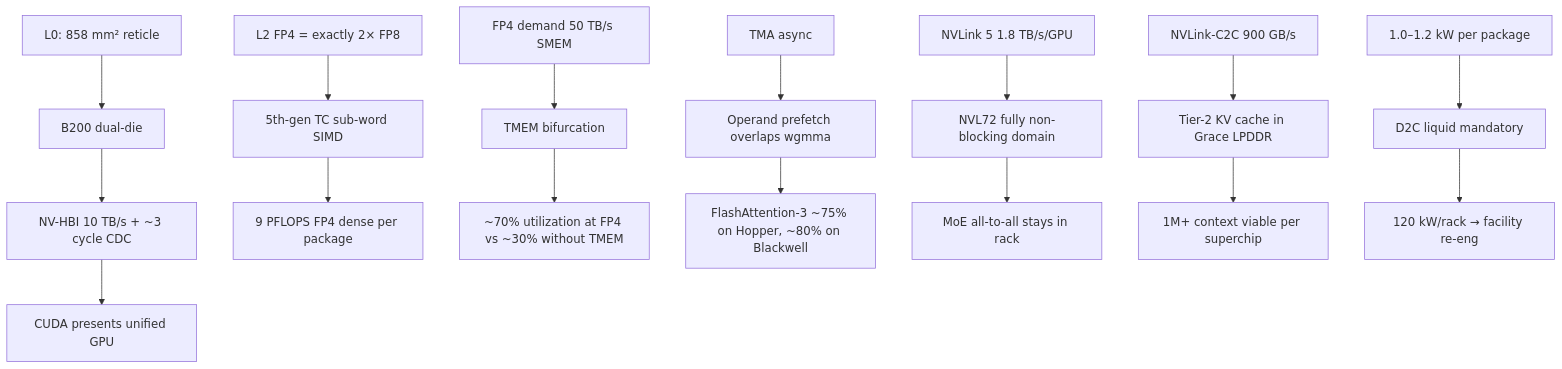
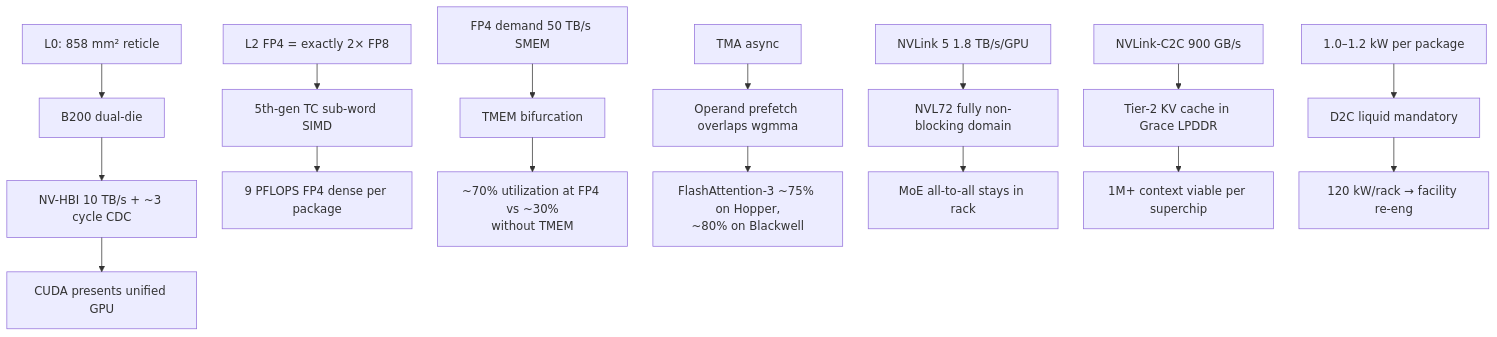
One commit to Wty2003328/ai_infra_intro changed the seventh of 7 diagrams in ai_infra/L3_Microarchitecture/Blackwell_Architecture.md. Above: the diagram before and after it, drawn with Mermaid. The commit also changed other lines of this file and 108 other files, not shown here.

````diff
--- a/ai_infra/L3_Microarchitecture/Blackwell_Architecture.md
+++ b/ai_infra/L3_Microarchitecture/Blackwell_Architecture.md
@@ -459,24 +465,25 @@
 ```mermaid
+%%{init: {"flowchart": {"defaultRenderer": "elk", "nodeSpacing": 60, "rankSpacing": 60, "htmlLabels": false}}}%%
 flowchart TD
     A[L0: 858 mm² reticle] --> B[B200 dual-die]
     B --> C[NV-HBI 10 TB/s + ~3 cycle CDC]
     C --> D[CUDA presents unified GPU]
 
     E[L2 FP4 = exactly 2× FP8] --> F[5th-gen TC sub-word SIMD]
     F --> G[9 PFLOPS FP4 dense per package]
 
     H[FP4 demand 50 TB/s SMEM] --> I[TMEM bifurcation]
-    I --> J[~70% utilization at FP4 vs ~30% without TMEM]
+    I --> J[~70% utilization at FP4 vs ~30%<br/>without TMEM]
 
     K[TMA async] --> L[Operand prefetch overlaps wgmma]
-    L --> M[FlashAttention-3 ~75% on Hopper, ~80% on Blackwell]
+    L --> M[FlashAttention-3 ~75% on Hopper,<br/>~80% on Blackwell]
 
     N[NVLink 5 1.8 TB/s/GPU] --> O[NVL72 fully non-blocking domain]
     O --> P[MoE all-to-all stays in rack]
 
     Q[NVLink-C2C 900 GB/s] --> R[Tier-2 KV cache in Grace LPDDR]
     R --> S[1M+ context viable per superchip]
 
     T[1.0–1.2 kW per package] --> U[D2C liquid mandatory]
     U --> V[120 kW/rack → facility re-eng]
 ```
````
